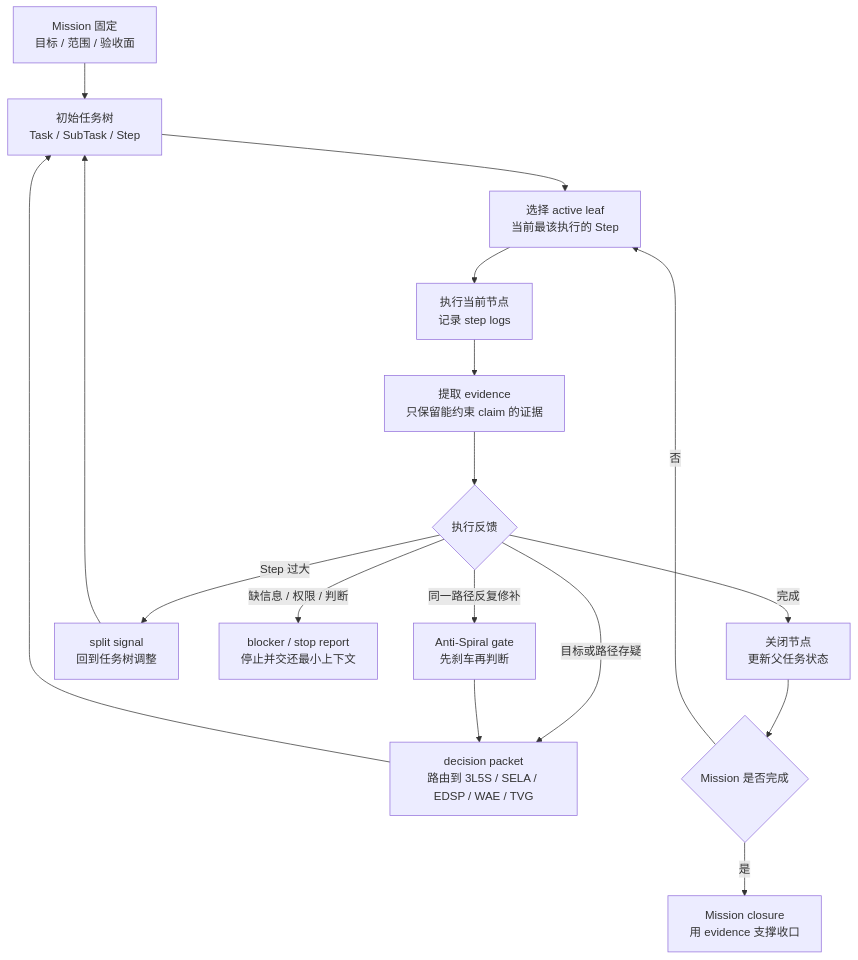
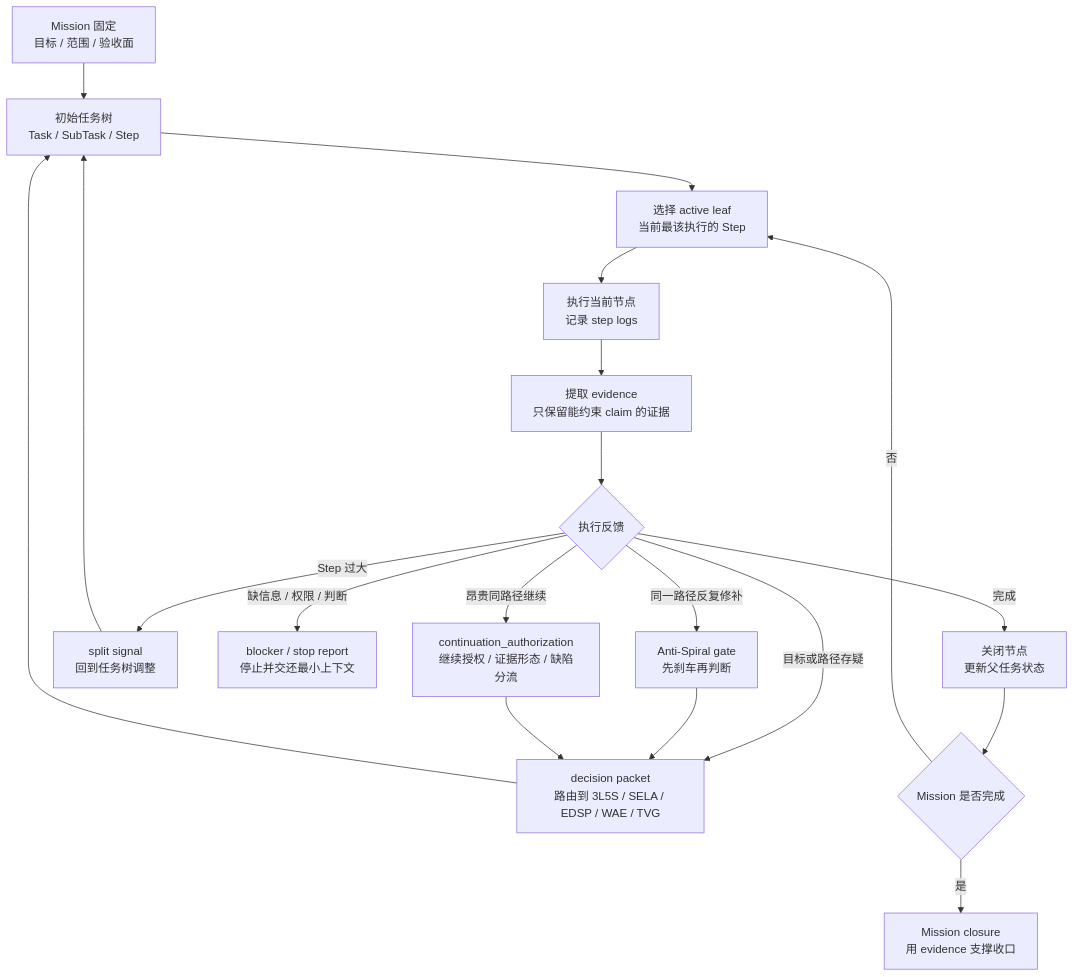
The diagram in docs/methodologies/tplan.md (rv198-star/Mindthus), drawn with Mermaid before and after one commit. The commit also changed other lines of this file and 8 other files, not shown here.

Commit message:
feat: add tplan continuation authorization gate

````diff
--- a/docs/methodologies/tplan.md
+++ b/docs/methodologies/tplan.md
@@ -123,21 +124,23 @@
 ```mermaid
 flowchart TD
   A["Mission 固定<br/>目标 / 范围 / 验收面"] --> B["初始任务树<br/>Task / SubTask / Step"]
   B --> C["选择 active leaf<br/>当前最该执行的 Step"]
   C --> D["执行当前节点<br/>记录 step logs"]
   D --> E["提取 evidence<br/>只保留能约束 claim 的证据"]
 
   E --> F{"执行反馈"}
   F -->|"完成"| G["关闭节点<br/>更新父任务状态"]
   F -->|"Step 过大"| H["split signal<br/>回到任务树调整"]
   F -->|"缺信息 / 权限 / 判断"| I["blocker / stop report<br/>停止并交还最小上下文"]
   F -->|"目标或路径存疑"| J["decision packet<br/>路由到 3L5S / SELA / EDSP / WAE / TVG"]
   F -->|"同一路径反复修补"| K["Anti-Spiral gate<br/>先刹车再判断"]
+  F -->|"昂贵同路径继续"| N["continuation_authorization<br/>继续授权 / 证据形态 / 缺陷分流"]
 
   H --> B
   J --> B
   K --> J
+  N --> J
   G --> L{"Mission 是否完成"}
   L -->|"否"| C
   L -->|"是"| M["Mission closure<br/>用 evidence 支撑收口"]
 ```
````
